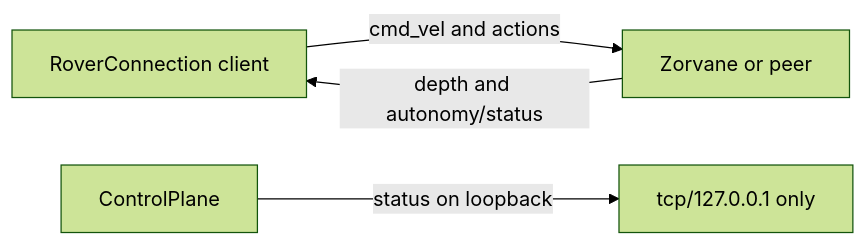
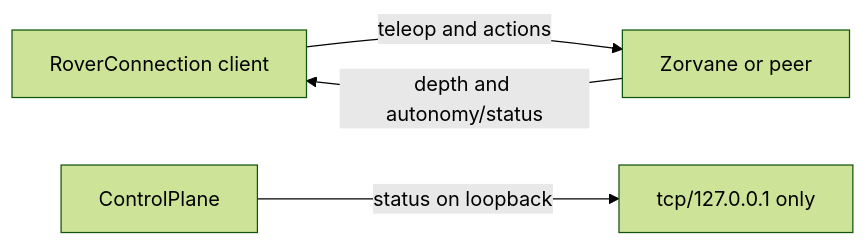
The second of 2 diagrams in docs/architecture.md (Super-Yojan/Terra), drawn with Mermaid (forest theme) before and after one commit. The commit also changed other lines of this file and 7 other files, not shown here.

````diff
--- a/docs/architecture.md
+++ b/docs/architecture.md
@@ -51,6 +51,6 @@
 ```mermaid
 flowchart LR
-  Client[RoverConnection client] -->|cmd_vel and actions| Peer[Zorvane or peer]
+  Client[RoverConnection client] -->|teleop and actions| Peer[Zorvane or peer]
   Peer -->|depth and autonomy/status| Client
   Dash[ControlPlane] -->|status on loopback| Local[tcp/127.0.0.1 only]
 ```
````
